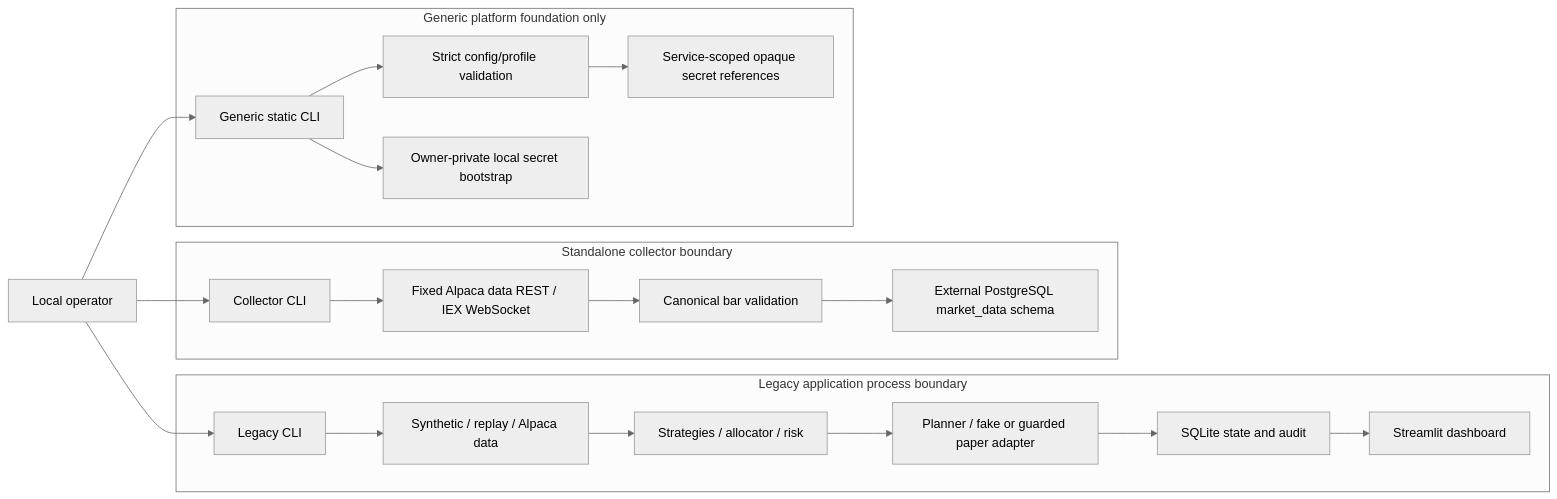
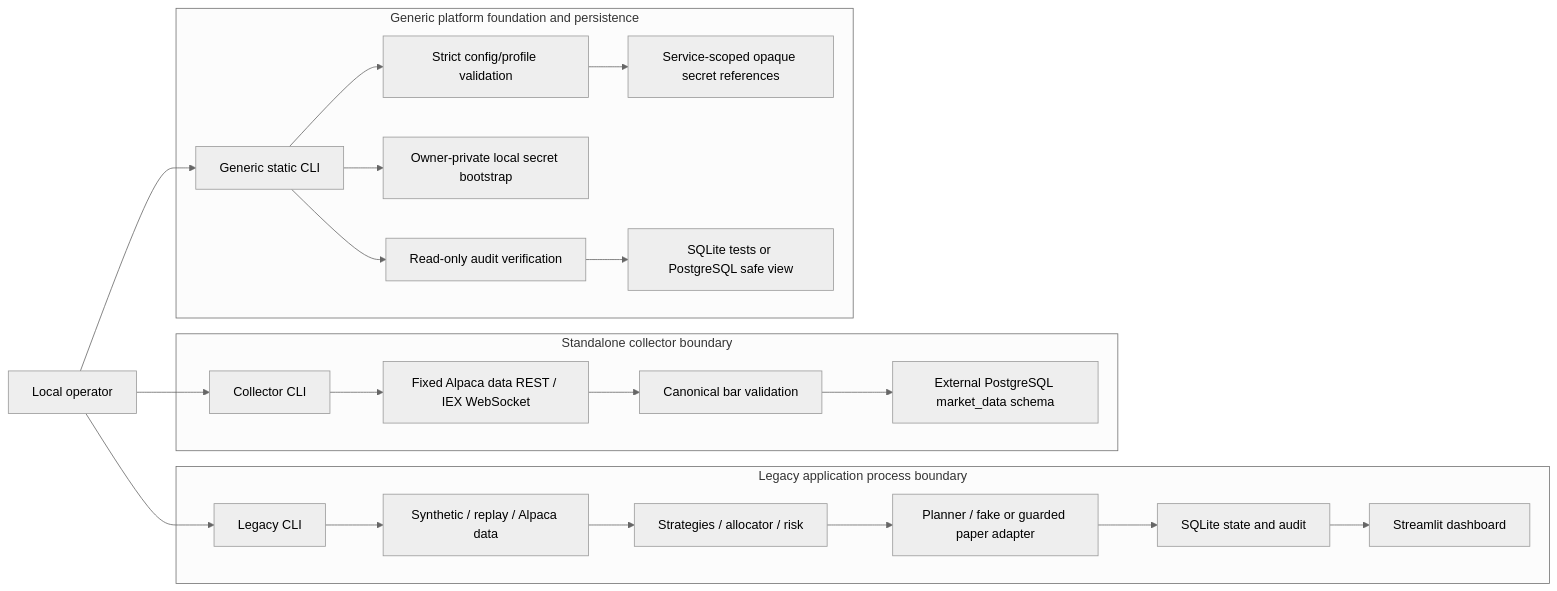
The first of 2 diagrams in docs/security_architecture.md (yudhiishvs/autonomous-quant-agent), drawn with Mermaid (neutral theme) before and after one commit. The commit also changed other lines of this file and 77 other files, not shown here.

````diff
--- a/docs/security_architecture.md
+++ b/docs/security_architecture.md
@@ -73,26 +76,28 @@
 ```mermaid
 flowchart LR
     Operator["Local operator"] --> LegacyCLI["Legacy CLI"]
     Operator --> CollectorCLI["Collector CLI"]
     Operator --> PlatformCLI["Generic static CLI"]
 
     subgraph Legacy["Legacy application process boundary"]
         LegacyCLI --> LegacyData["Synthetic / replay / Alpaca data"]
         LegacyData --> LegacyDecision["Strategies / allocator / risk"]
         LegacyDecision --> LegacyExecution["Planner / fake or guarded paper adapter"]
         LegacyExecution --> SQLite["SQLite state and audit"]
         SQLite --> CurrentDashboard["Streamlit dashboard"]
     end
 
     subgraph Collector["Standalone collector boundary"]
         CollectorCLI --> FixedDataHosts["Fixed Alpaca data REST / IEX WebSocket"]
         FixedDataHosts --> Validation["Canonical bar validation"]
         Validation --> CollectorPG["External PostgreSQL market_data schema"]
     end
 
-    subgraph Foundation["Generic platform foundation only"]
+    subgraph Foundation["Generic platform foundation and persistence"]
         PlatformCLI --> StaticConfig["Strict config/profile validation"]
         PlatformCLI --> Bootstrap["Owner-private local secret bootstrap"]
+        PlatformCLI --> AuditVerify["Read-only audit verification"]
         StaticConfig --> ScopedRefs["Service-scoped opaque secret references"]
+        AuditVerify --> PlatformStorage["SQLite tests or PostgreSQL safe view"]
     end
 ```
````
